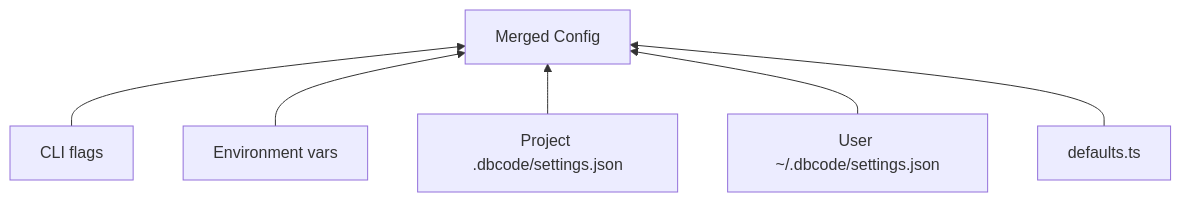
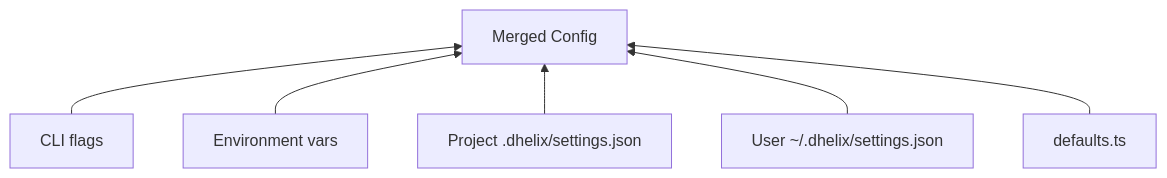
Before and after one commit to bigbulgogiburger/DHelix-Code: the diagram in .claude/docs/reference/config-system.md, drawn with Mermaid. The commit also changed other lines of this file and 383 other files, not shown here.

First line of the commit message:
refactor: dbcode → Dhelix Code 전체 리네이밍 + v0.2.0 + Double Helix 로고 + 브랜드 컬러

````diff
--- a/.claude/docs/reference/config-system.md
+++ b/.claude/docs/reference/config-system.md
@@ -25,8 +25,8 @@
 ```mermaid
 graph BT
     A["CLI flags"] --> MERGE[Merged Config]
     B["Environment vars"] --> MERGE
-    C["Project .dbcode/settings.json"] --> MERGE
-    D["User ~/.dbcode/settings.json"] --> MERGE
+    C["Project .dhelix/settings.json"] --> MERGE
+    D["User ~/.dhelix/settings.json"] --> MERGE
     E["defaults.ts"] --> MERGE
 ```
````
